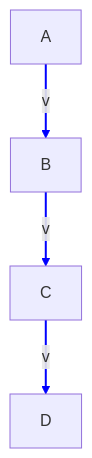
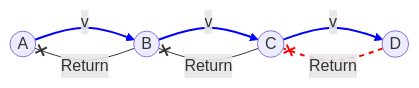
The diagram in z.md (Rick-Anderson/Report), drawn with Mermaid before and after one commit.

````diff
--- a/z.md
+++ b/z.md
@@ -1,10 +1,15 @@
 ```mermaid
-graph TD;
-        A--v-->B[B]
-        B-->|v|C[C]
-         C-->|v|D[D];
+graph LR;
+    A((A))-->|v|B((B))
+    B-->|v|C((C))
+    C-->|v|D((D))
+    D--x|Return|C
+    C--x|Return|B
+    B--x|Return|A
 
-        linkStyle 0 stroke-width:2px,fill:none,stroke:blue;
-        linkStyle 1 stroke-width:2px,fill:none,stroke:blue;
-        linkStyle 2 stroke-width:2px,fill:none,stroke:blue;
+    linkStyle 0 stroke-width:2px,fill:none,stroke:blue;
+    linkStyle 1 stroke-width:2px,fill:none,stroke:blue;
+    linkStyle 2 stroke-width:2px,fill:none,stroke:blue;
+    linkStyle 3 stroke-dasharray: 5 5, stroke-width:2px,fill:none,stroke:red;
+
 ```
````
